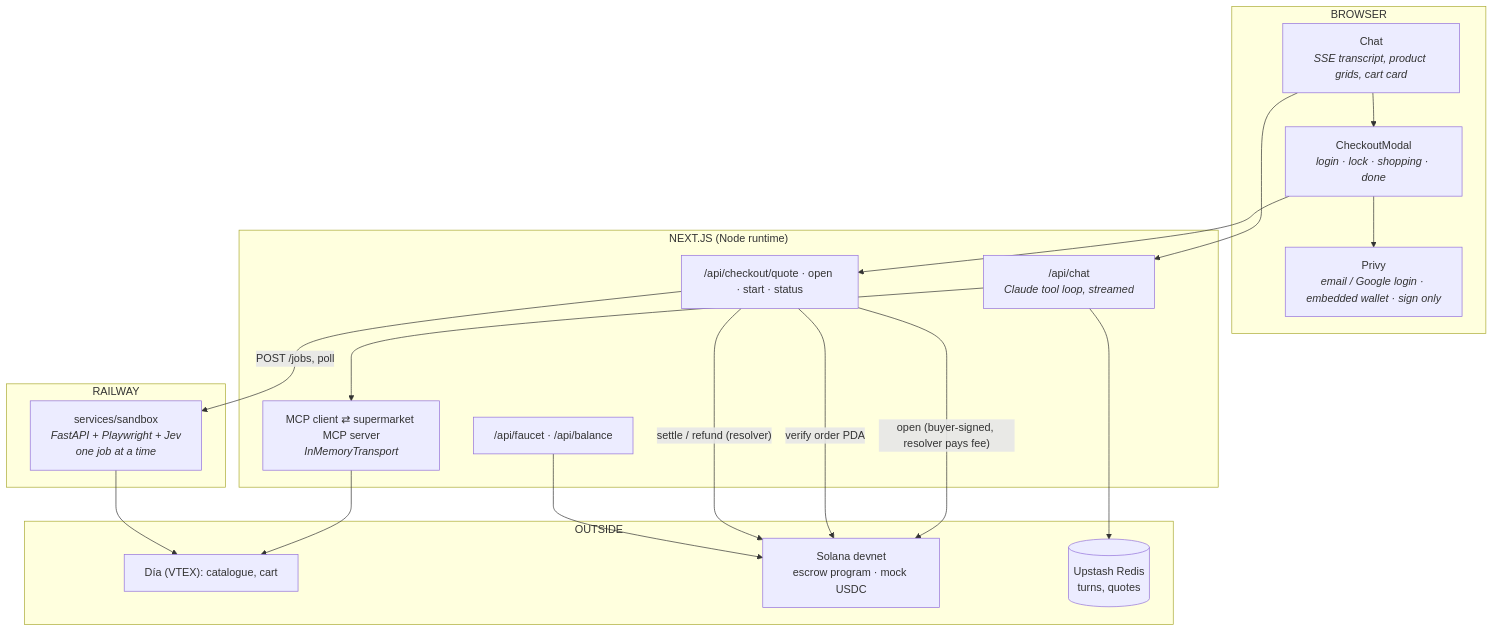
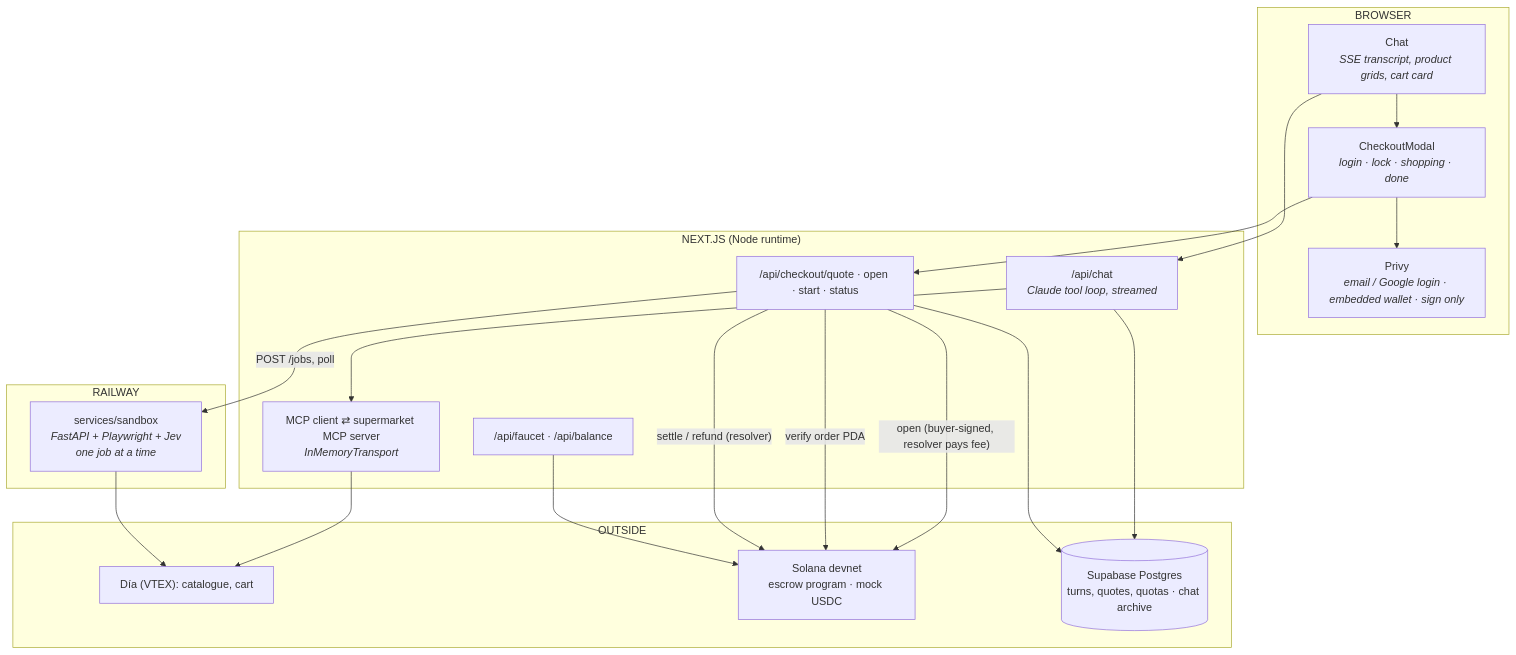
One commit to raptor0929/solana-changuito changed the third of 3 diagrams in README.md. Above: the diagram before and after it, drawn with Mermaid. The commit also changed other lines of this file and 17 other files, not shown here.

````diff
--- a/README.md
+++ b/README.md
@@ -150,36 +150,37 @@
 ```mermaid
 flowchart TB
     subgraph B["BROWSER"]
         CH["Chat<br/><i>SSE transcript, product grids, cart card</i>"]
         CM["CheckoutModal<br/><i>login · lock · shopping · done</i>"]
         PV["Privy<br/><i>email / Google login · embedded wallet · sign only</i>"]
     end
 
     subgraph N["NEXT.JS (Node runtime)"]
         CHAT["/api/chat<br/><i>Claude tool loop, streamed</i>"]
         MCP["MCP client ⇄ supermarket MCP server<br/><i>InMemoryTransport</i>"]
         Q["/api/checkout/quote · open · start · status"]
         F["/api/faucet · /api/balance"]
     end
 
     subgraph S["RAILWAY"]
         SB["services/sandbox<br/><i>FastAPI + Playwright + Jev<br/>one job at a time</i>"]
     end
 
     subgraph X["OUTSIDE"]
         VTEX["Día (VTEX): catalogue, cart"]
         SOL["Solana devnet<br/>escrow program · mock USDC"]
-        RD[("Upstash Redis<br/>turns, quotes")]
+        PG[("Supabase Postgres<br/>turns, quotes, quotas · chat archive")]
     end
 
     CH --> CHAT --> MCP --> VTEX
-    CHAT --> RD
+    CHAT --> PG
+    Q --> PG
     CH --> CM
     CM --> PV
     CM --> Q
     Q -->|"open (buyer-signed, resolver pays fee)"| SOL
     Q -->|"verify order PDA"| SOL
     Q -->|"POST /jobs, poll"| SB --> VTEX
     Q -->|"settle / refund (resolver)"| SOL
     F --> SOL
 ```
````
